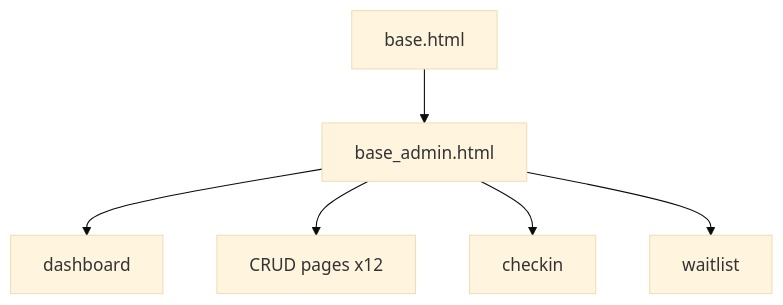
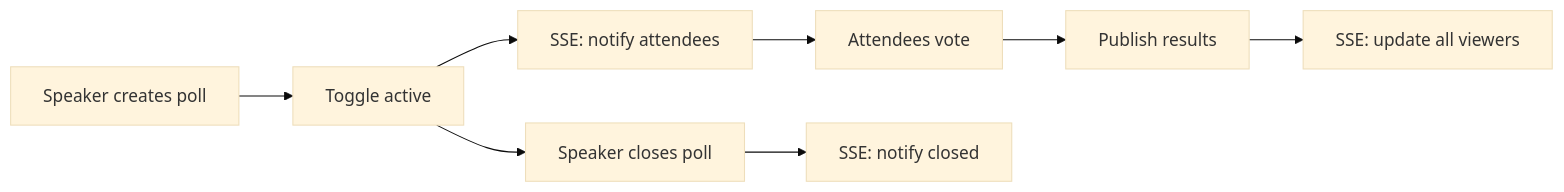
Diagram 18 of 18 in TechTrek_Documentation.qmd (amal-sajeev/techtrek), drawn with Mermaid (base theme) before and after one commit. The commit also changed other lines of this file and 39 other files, not shown here.

````diff
--- a/TechTrek_Documentation.qmd
+++ b/TechTrek_Documentation.qmd
@@ -189,8 +1025,12 @@
 ```{mermaid}
-graph TB
-    Base[base.html] --> Admin[base_admin.html]
-    Admin --> Dashboard[dashboard]
-    Admin --> CRUD[CRUD pages x12]
-    Admin --> Checkin[checkin]
-    Admin --> Waitlist[waitlist]
+%%| fig-width: 6.3
+%%| fig-height: 2.5
+flowchart LR
+    Create[Speaker creates poll] --> Activate[Toggle active]
+    Activate --> SSE1[SSE: notify attendees]
+    SSE1 --> Vote[Attendees vote]
+    Vote --> Publish[Publish results]
+    Publish --> SSE2[SSE: update all viewers]
+    Activate --> Close[Speaker closes poll]
+    Close --> SSE3[SSE: notify closed]
 ```
````
